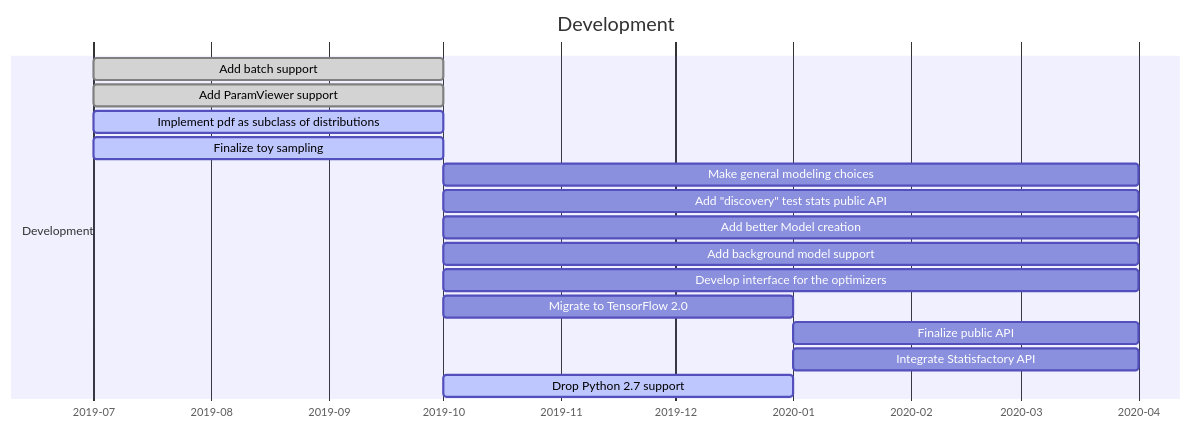
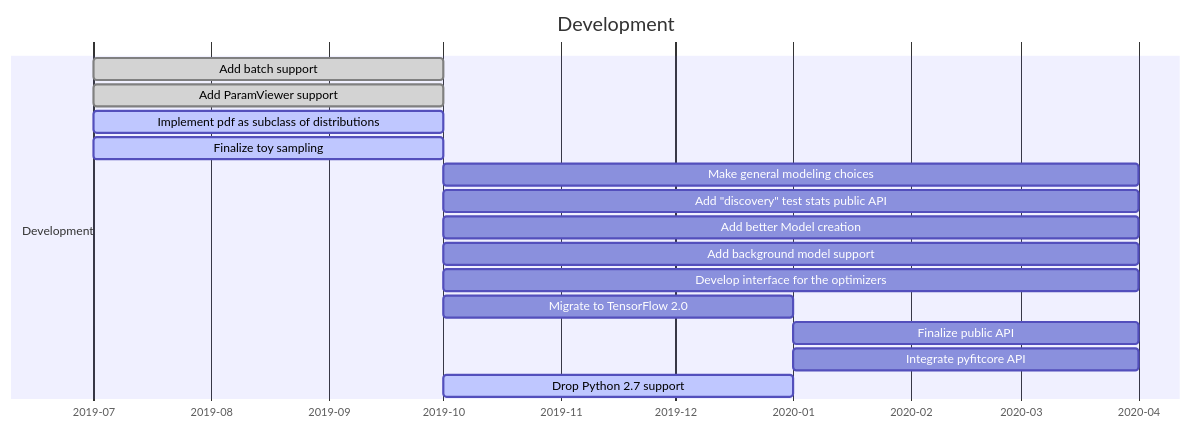
The diagram in figures/gantt/pyhf_dev_gantt.mmd (matthewfeickert/talk-IRIS-HEP-Institute-Retreat-2019), drawn with Mermaid before and after one commit. The commit also changed 17 other files, not shown here.

First line of the commit message:
Rename 'statisfactory' to 'pyfitcore' (#4)

```diff
--- a/figures/gantt/pyhf_dev_gantt.mmd
+++ b/figures/gantt/pyhf_dev_gantt.mmd
@@ -1,19 +1,19 @@
 gantt
     dateFormat YYYY-Q
     axisFormat  %Y-%m
     title Development
 
     section Development
     Add batch support                           :done,   2019-3, 2019-4
     Add ParamViewer support                     :done,   2019-3, 2019-4
     Implement pdf as subclass of distributions  :active, 2019-3, 2019-4
     Finalize toy sampling                       :active, 2019-3, 2019-4
     Make general modeling choices               :        2019-4, 2020-2
     Add "discovery" test stats public API       :        2019-4, 2020-2
     Add better Model creation                   :        2019-4, 2020-2
     Add background model support                :        2019-4, 2020-2
     Develop interface for the optimizers        :        2019-4, 2020-2
     Migrate to TensorFlow 2.0                   :        2019-4, 2020-1
     Finalize public API                         :        2020-1, 2020-2
-    Integrate Statisfactory API                 :        2020-1, 2020-2
+    Integrate pyfitcore API                 :        2020-1, 2020-2
     Drop Python 2.7 support                     :active, py2EOL, 2019-4, 2020-1
```
